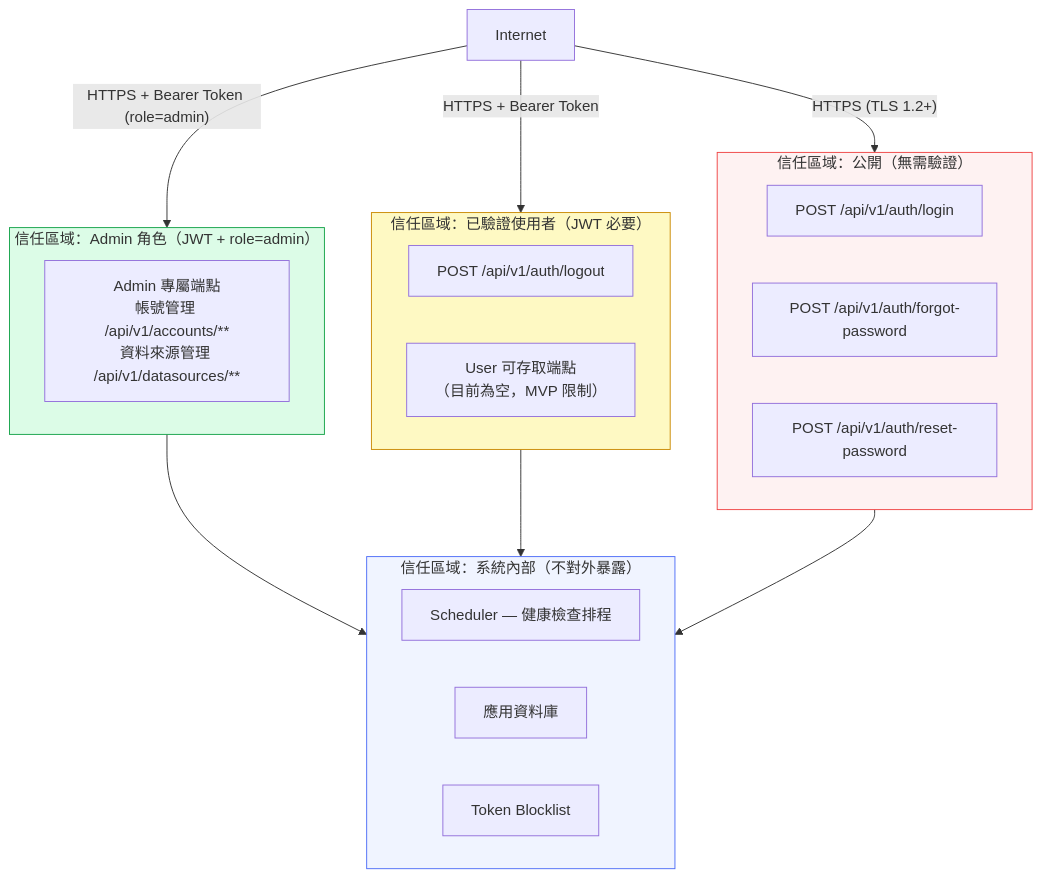
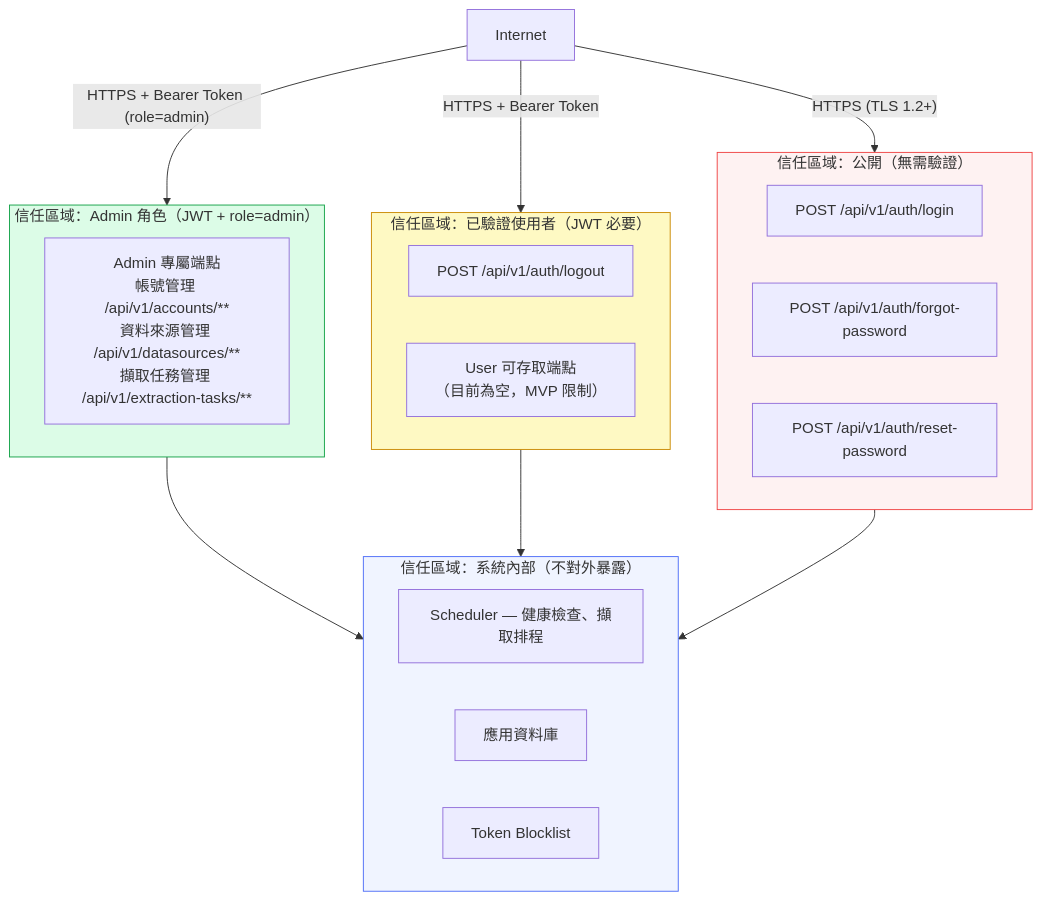
The third of 12 diagrams in docs/specs/architecture-spec.md (wisewhalesoft/cdmp-mvp), drawn with Mermaid before and after one commit. The commit also changed other lines of this file, not shown here.

````diff
--- a/docs/specs/architecture-spec.md
+++ b/docs/specs/architecture-spec.md
@@ -145,39 +152,39 @@
 ```mermaid
 graph TB
     subgraph TZ_Public["信任區域：公開（無需驗證）"]
         Login["POST /api/v1/auth/login"]
         ForgotPw["POST /api/v1/auth/forgot-password"]
         ResetPw["POST /api/v1/auth/reset-password"]
     end
 
     subgraph TZ_Auth["信任區域：已驗證使用者（JWT 必要）"]
         Logout["POST /api/v1/auth/logout"]
         UserEndpoints["User 可存取端點<br/>（目前為空，MVP 限制）"]
     end
 
     subgraph TZ_Admin["信任區域：Admin 角色（JWT + role=admin）"]
-        AdminEndpoints["Admin 專屬端點<br/>帳號管理 /api/v1/accounts/**<br/>資料來源管理 /api/v1/datasources/**"]
+        AdminEndpoints["Admin 專屬端點<br/>帳號管理 /api/v1/accounts/**<br/>資料來源管理 /api/v1/datasources/**<br/>擷取任務管理 /api/v1/extraction-tasks/**"]
     end
 
     subgraph TZ_Internal["信任區域：系統內部（不對外暴露）"]
-        Scheduler["Scheduler — 健康檢查排程"]
+        Scheduler["Scheduler — 健康檢查、擷取排程"]
         DB["應用資料庫"]
         TokenStore["Token Blocklist"]
     end
 
     Internet -->|"HTTPS (TLS 1.2+)"| TZ_Public
     Internet -->|"HTTPS + Bearer Token"| TZ_Auth
     Internet -->|"HTTPS + Bearer Token (role=admin)"| TZ_Admin
     TZ_Admin --> TZ_Internal
     TZ_Auth --> TZ_Internal
     TZ_Public --> TZ_Internal
 
     classDef public fill:#fef2f2,stroke:#ef4444
     classDef auth fill:#fef9c3,stroke:#ca8a04
     classDef admin fill:#dcfce7,stroke:#16a34a
     classDef internal fill:#f0f4ff,stroke:#4f6ef7
     class TZ_Public public
     class TZ_Auth auth
     class TZ_Admin admin
     class TZ_Internal internal
 ```
````
